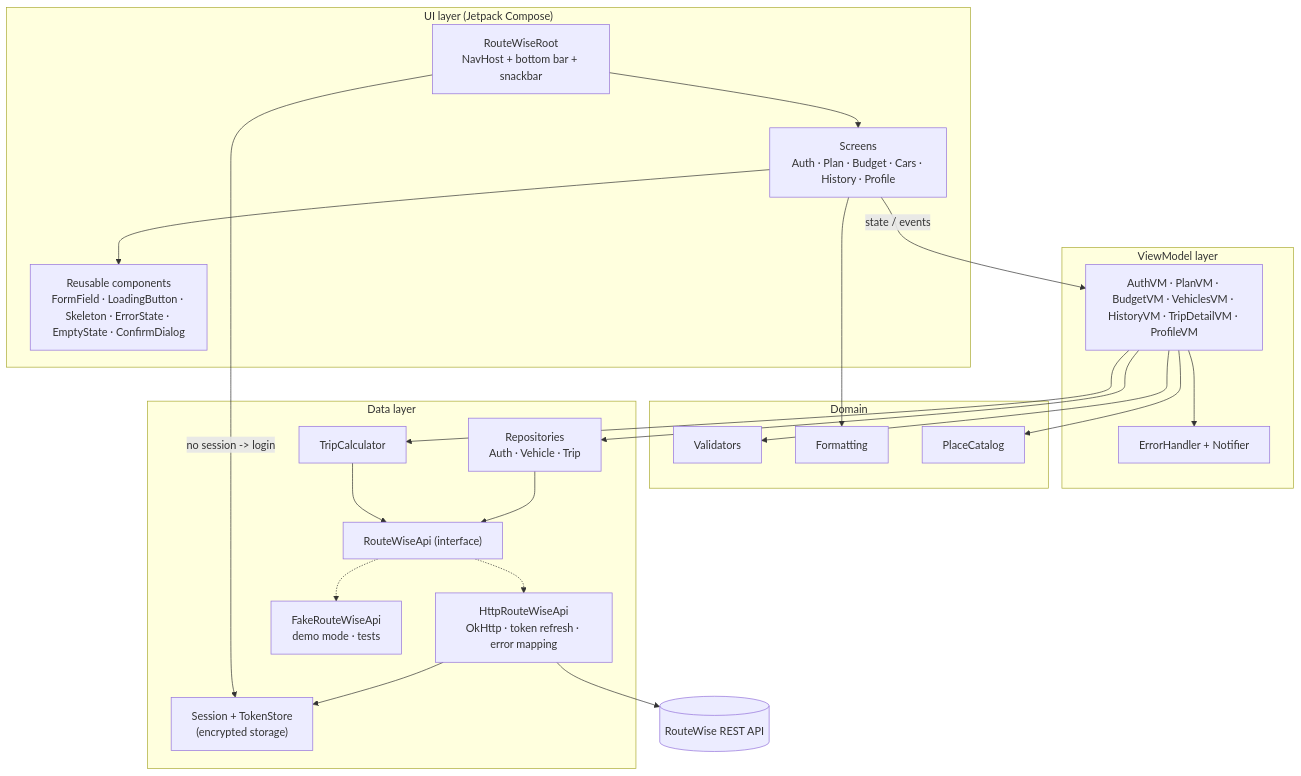
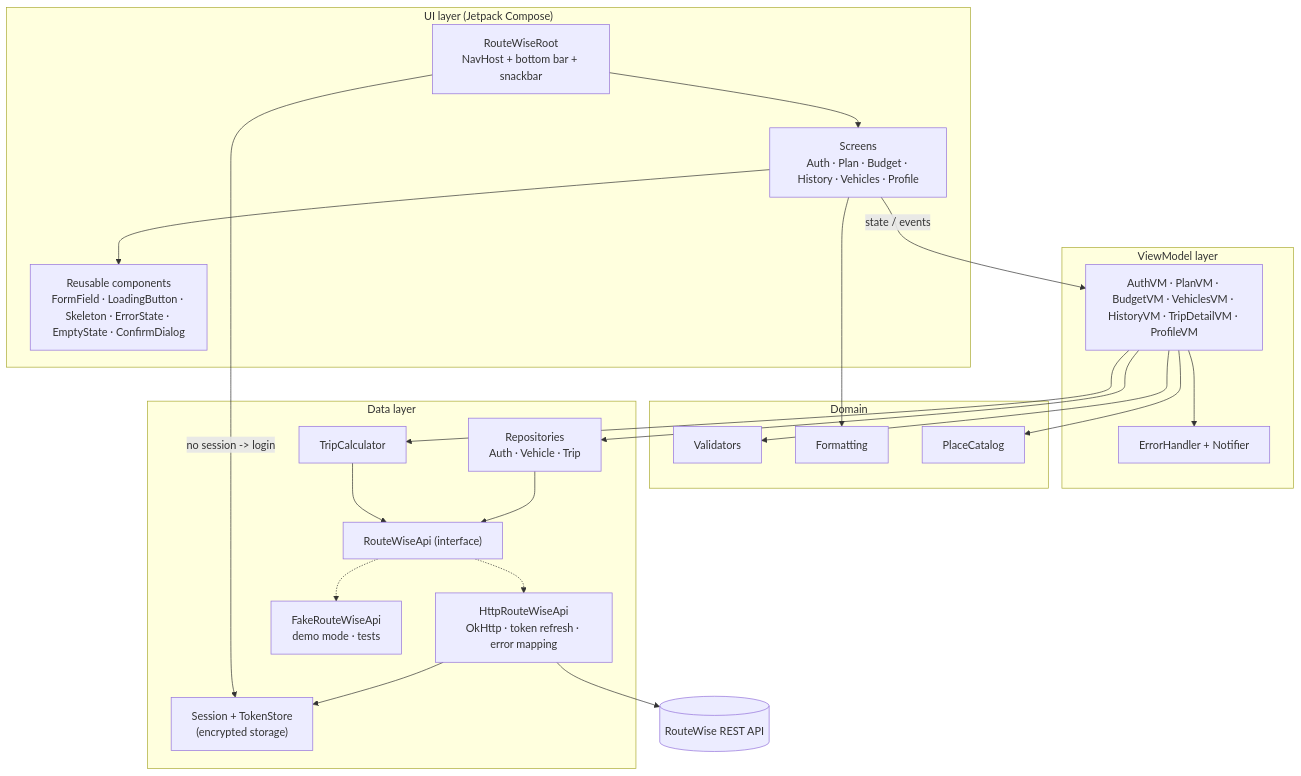
One commit to ShadAre05/RouteWise changed the first of 2 diagrams in android/README.md. Above: the diagram before and after it, drawn with Mermaid. The commit also changed other lines of this file and 29 other files, not shown here.

````diff
--- a/android/README.md
+++ b/android/README.md
@@ -64,43 +64,43 @@
 ```mermaid
 flowchart TB
     subgraph UI["UI layer (Jetpack Compose)"]
-        Screens["Screens\nAuth · Plan · Budget · Cars · History · Profile"]
+        Screens["Screens\nAuth · Plan · Budget · History · Vehicles · Profile"]
         Components["Reusable components\nFormField · LoadingButton · Skeleton · ErrorState · EmptyState · ConfirmDialog"]
         Nav["RouteWiseRoot\nNavHost + bottom bar + snackbar"]
     end
     subgraph VM["ViewModel layer"]
         VMs["AuthVM · PlanVM · BudgetVM · VehiclesVM · HistoryVM · TripDetailVM · ProfileVM"]
         EH["ErrorHandler + Notifier"]
     end
     subgraph Domain["Domain"]
         Val["Validators"]
         Fmt["Formatting"]
         Cat["PlaceCatalog"]
     end
     subgraph Data["Data layer"]
         Repo["Repositories\nAuth · Vehicle · Trip"]
         Calc["TripCalculator"]
         Api["RouteWiseApi (interface)"]
         Http["HttpRouteWiseApi\nOkHttp · token refresh · error mapping"]
         Fake["FakeRouteWiseApi\ndemo mode · tests"]
         Sess["Session + TokenStore\n(encrypted storage)"]
     end
     Server[("RouteWise REST API")]
 
     Screens --> Components
     Nav --> Screens
     Screens -- "state / events" --> VMs
     VMs --> Val
     VMs --> Repo
     VMs --> Calc
     VMs --> EH
     Screens --> Fmt
     VMs --> Cat
     Repo --> Api
     Calc --> Api
     Api -.-> Http
     Api -.-> Fake
     Http --> Sess
     Http --> Server
     Nav -- "no session -> login" --> Sess
 ```
````
